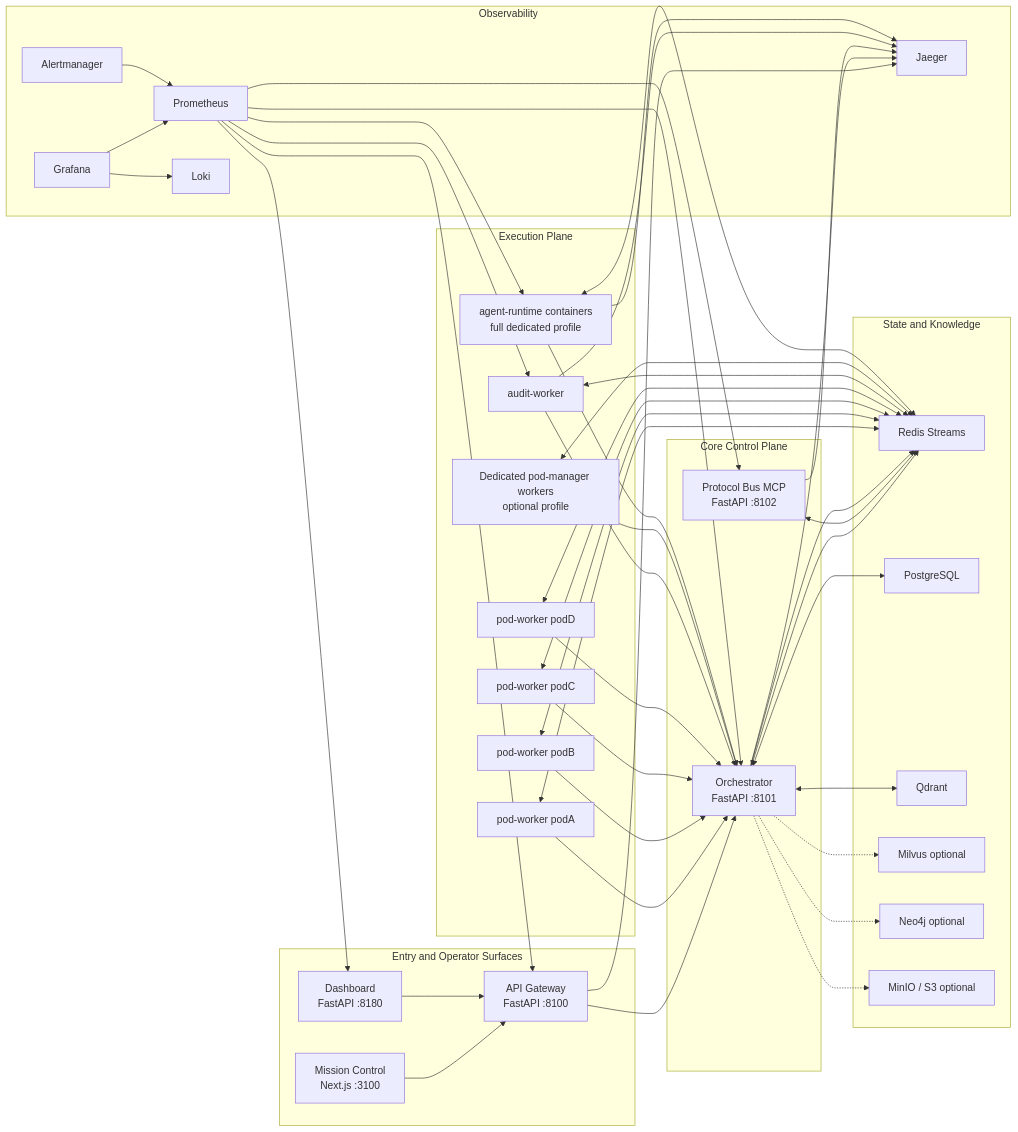
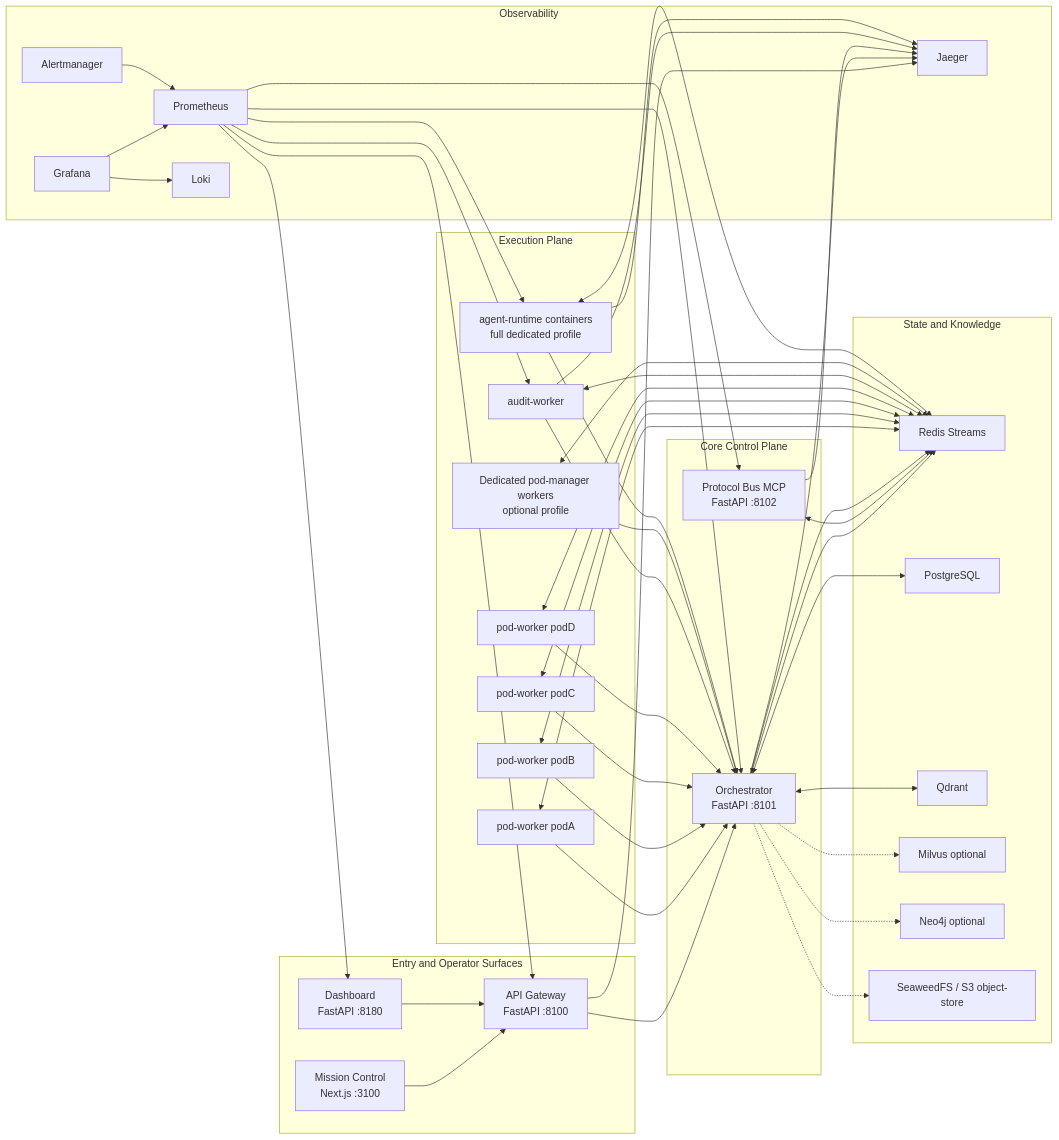
Before and after one commit to kherrera6219/theFactory: the second of 8 diagrams in docs/ARCHITECTURE_DIAGRAMS.md, drawn with Mermaid. The commit also changed other lines of this file and 21 other files, not shown here.

````diff
--- a/docs/ARCHITECTURE_DIAGRAMS.md
+++ b/docs/ARCHITECTURE_DIAGRAMS.md
@@ -76,80 +76,80 @@
 ```mermaid
 flowchart LR
     subgraph Entry["Entry and Operator Surfaces"]
         MC["Mission Control\nNext.js :3100"]
         GW["API Gateway\nFastAPI :8100"]
         Dash["Dashboard\nFastAPI :8180"]
     end
 
     subgraph Core["Core Control Plane"]
         Orch["Orchestrator\nFastAPI :8101"]
         Bus["Protocol Bus MCP\nFastAPI :8102"]
     end
 
     subgraph Execution["Execution Plane"]
         PodA["pod-worker podA"]
         PodB["pod-worker podB"]
         PodC["pod-worker podC"]
         PodD["pod-worker podD"]
         Audit["audit-worker"]
         DedicatedMgr["Dedicated pod-manager workers\noptional profile"]
         AgentRT["agent-runtime containers\nfull dedicated profile"]
     end
 
     subgraph State["State and Knowledge"]
         Redis["Redis Streams"]
         PG["PostgreSQL"]
         Qdrant["Qdrant"]
         Milvus["Milvus optional"]
         Neo4j["Neo4j optional"]
-        MinIO["MinIO / S3 optional"]
+        MinIO["SeaweedFS / S3 object-store"]
     end
 
     subgraph Observability["Observability"]
         Prom["Prometheus"]
         Graf["Grafana"]
         Loki["Loki"]
         Alert["Alertmanager"]
         Jaeger["Jaeger"]
     end
 
     MC --> GW
     Dash --> GW
     GW --> Orch
     Orch <--> Redis
     Orch <--> PG
     Orch <--> Qdrant
     Orch -.-> Milvus
     Orch -.-> Neo4j
     Orch -.-> MinIO
     Bus <--> Redis
     Orch --> Redis
     PodA <--> Redis
     PodB <--> Redis
     PodC <--> Redis
     PodD <--> Redis
     Audit <--> Redis
     DedicatedMgr <--> Redis
     AgentRT <--> Redis
     PodA --> Orch
     PodB --> Orch
     PodC --> Orch
     PodD --> Orch
     Audit --> Orch
     DedicatedMgr --> Orch
     AgentRT --> Orch
     Prom --> GW
     Prom --> Orch
     Prom --> Bus
     Prom --> Audit
     Prom --> Dash
     Prom --> AgentRT
     GW --> Jaeger
     Orch --> Jaeger
     Bus --> Jaeger
     Audit --> Jaeger
     AgentRT --> Jaeger
     Graf --> Prom
     Graf --> Loki
     Alert --> Prom
 ```
````
